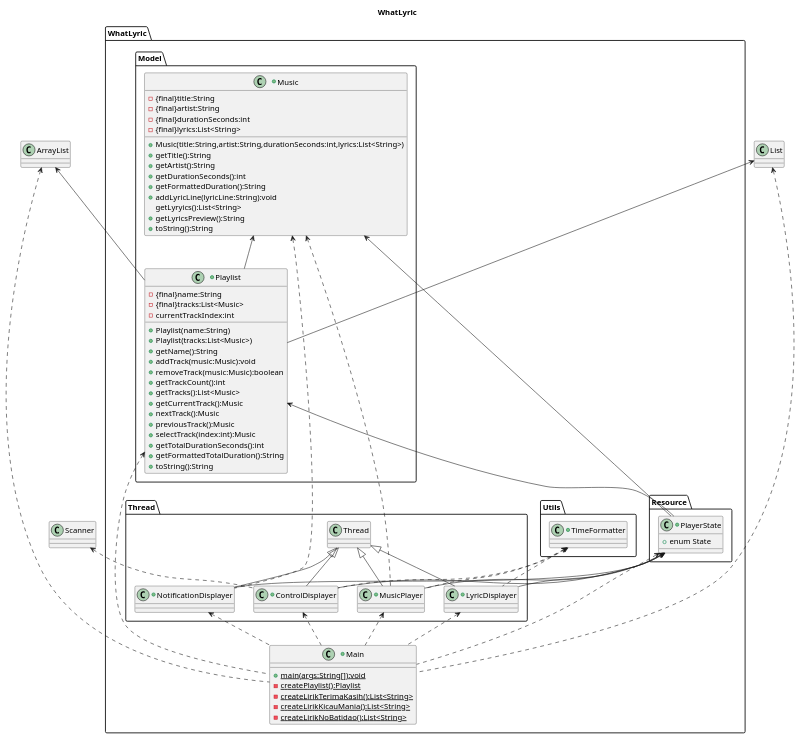
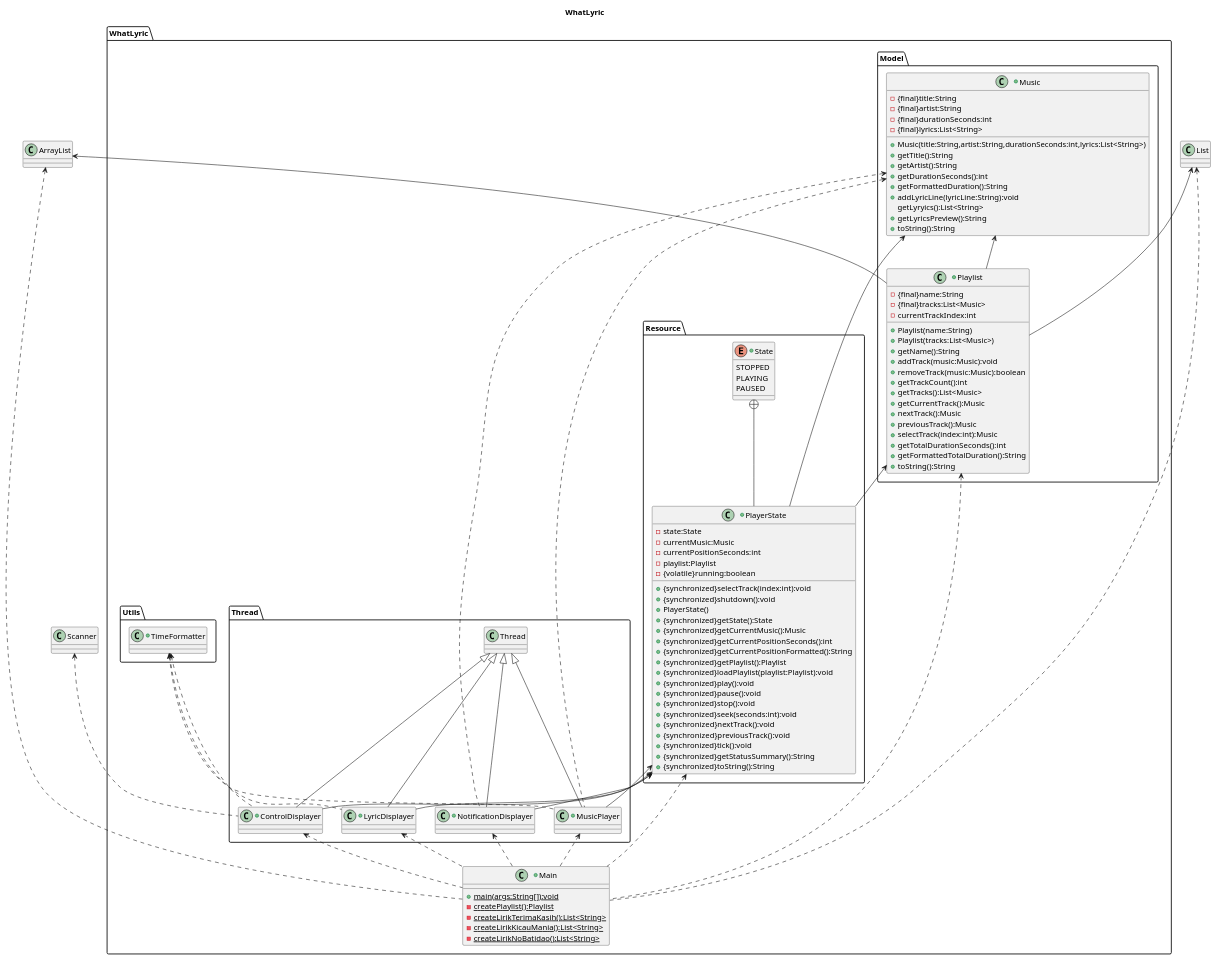
The diagram in main idea.puml (Radingka-UB/WhatLyric), drawn with PlantUML before and after one commit.

Commit message:
Add State enum and enhance PlayerState class with new methods for improved music control

```diff
--- a/main idea.puml
+++ b/main idea.puml
@@ -1,108 +1,135 @@
 @startuml 
 title WhatLyric
 package WhatLyric{
   +class WhatLyric.Main{
     +{static}main(args:String[]):void
     -{static}createPlaylist():Playlist
     -{static}createLirikTerimaKasih():List<String>
     -{static}createLirikKicauMania():List<String>
     -{static}createLirikNoBatidao():List<String>
   }
   package Model{
     +class Music{
       -{final}title:String
       -{final}artist:String
       -{final}durationSeconds:int
       -{final}lyrics:List<String>
       +Music(title:String,artist:String,durationSeconds:int,lyrics:List<String>)
       +getTitle():String
       +getArtist():String
       +getDurationSeconds():int
       +getFormattedDuration():String
       +addLyricLine(lyricLine:String):void
       getLyryics():List<String>
       +getLyricsPreview():String
       +toString():String
     }
     +class Playlist{
       -{final}name:String
       -{final}tracks:List<Music>
       -currentTrackIndex:int
       +Playlist(name:String)
       +Playlist(tracks:List<Music>)
       +getName():String
       +addTrack(music:Music):void
       +removeTrack(music:Music):boolean
       +getTrackCount():int
       +getTracks():List<Music>
       +getCurrentTrack():Music
       +nextTrack():Music
       +previousTrack():Music
       +selectTrack(index:int):Music
       +getTotalDurationSeconds():int
       +getFormattedTotalDuration():String
       +toString():String
     }
   }
   package Resource{
+    +enum State{
+      STOPPED
+      PLAYING
+      PAUSED
+    }
     +class PlayerState{
-      +enum State
-      
+      -state:State
+      -currentMusic:Music
+      -currentPositionSeconds:int
+      -playlist:Playlist
+      -{volatile}running:boolean
+      +{synchronized}selectTrack(index:int):void
+      +{synchronized}shutdown():void
+      +PlayerState()
+      +{synchronized}getState():State
+      +{synchronized}getCurrentMusic():Music
+      +{synchronized}getCurrentPositionSeconds():int
+      +{synchronized}getCurrentPositionFormatted():String
+      +{synchronized}getPlaylist():Playlist
+      +{synchronized}loadPlaylist(playlist:Playlist):void
+      +{synchronized}play():void
+      +{synchronized}pause():void
+      +{synchronized}stop():void
+      +{synchronized}seek(seconds:int):void
+      +{synchronized}nextTrack():void
+      +{synchronized}previousTrack():void
+      +{synchronized}tick():void
+      +{synchronized}getStatusSummary():String
+      +{synchronized}toString():String
     }
   }
   package Thread{
     +class MusicPlayer extends Thread{
 
     }
     +class LyricDisplayer extends Thread{
 
     }
     +class NotificationDisplayer extends Thread{
 
     }
     +class ControlDisplayer extends Thread{
 
     }
 
   }
   package Utils{
     +class TimeFormatter{
 
     }
 
   }
 }
 Music <-- Playlist
 ArrayList <-- Playlist
 List <-- Playlist
 PlayerState <-- MusicPlayer
 PlayerState <-- LyricDisplayer
 PlayerState <-- NotificationDisplayer
 PlayerState <-- ControlDisplayer
 Music <.. NotificationDisplayer
 Music <-- PlayerState
 Playlist <-- PlayerState
+State +-- PlayerState
 TimeFormatter <.. MusicPlayer
 Music <.. MusicPlayer
 TimeFormatter <.. LyricDisplayer
 Scanner <.. ControlDisplayer
 TimeFormatter <.. ControlDisplayer
 Playlist <.. Main
 PlayerState <.. Main
 MusicPlayer <.. Main
 LyricDisplayer <.. Main
 NotificationDisplayer <.. Main
 ControlDisplayer <.. Main
 ArrayList <.. Main
 List <.. Main
 /'
 -ini program pemutar musik multithreading
 -tujuan program adalah implementasi thread maka user bisa input kapanpun walaupun program sedang menjalankan kegiatan lain
 -kontrol untuk memberikan user pilihan pemutar musik berupa pause, next, resume, stop, show playlist, previous, choice music by-n, quit 
 -kontrol muncul sekali saja di awal
 -pilihan stop mengulang timer ke 0 lagi, lirik terdampak
 -next dan previous itu berganti playlist
 -notifikasi akan menampilkan hal yang berhubungan dengan status musik setiap menit meskipun user lagi menghentikan lagu dan program belum dimatikan
 -kontrol tetap thread karena menunggu input user walaupun thread lain jalan
   '/
 @enduml
```
